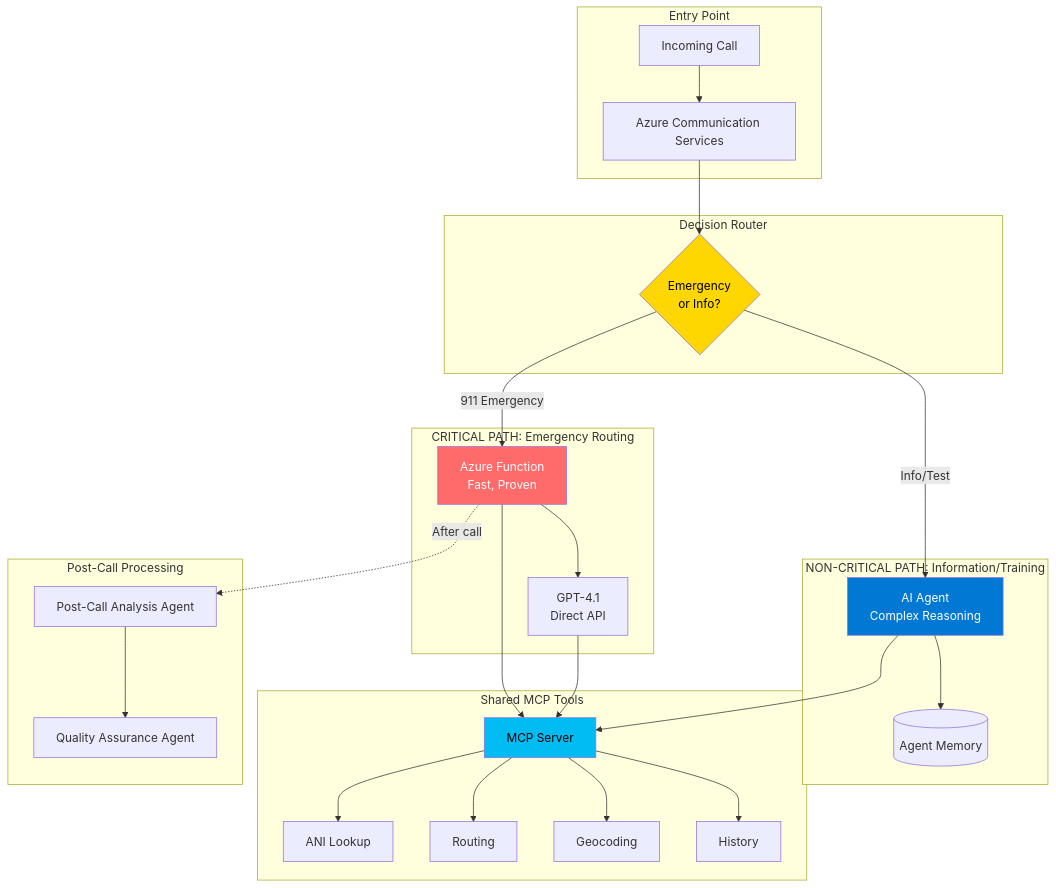
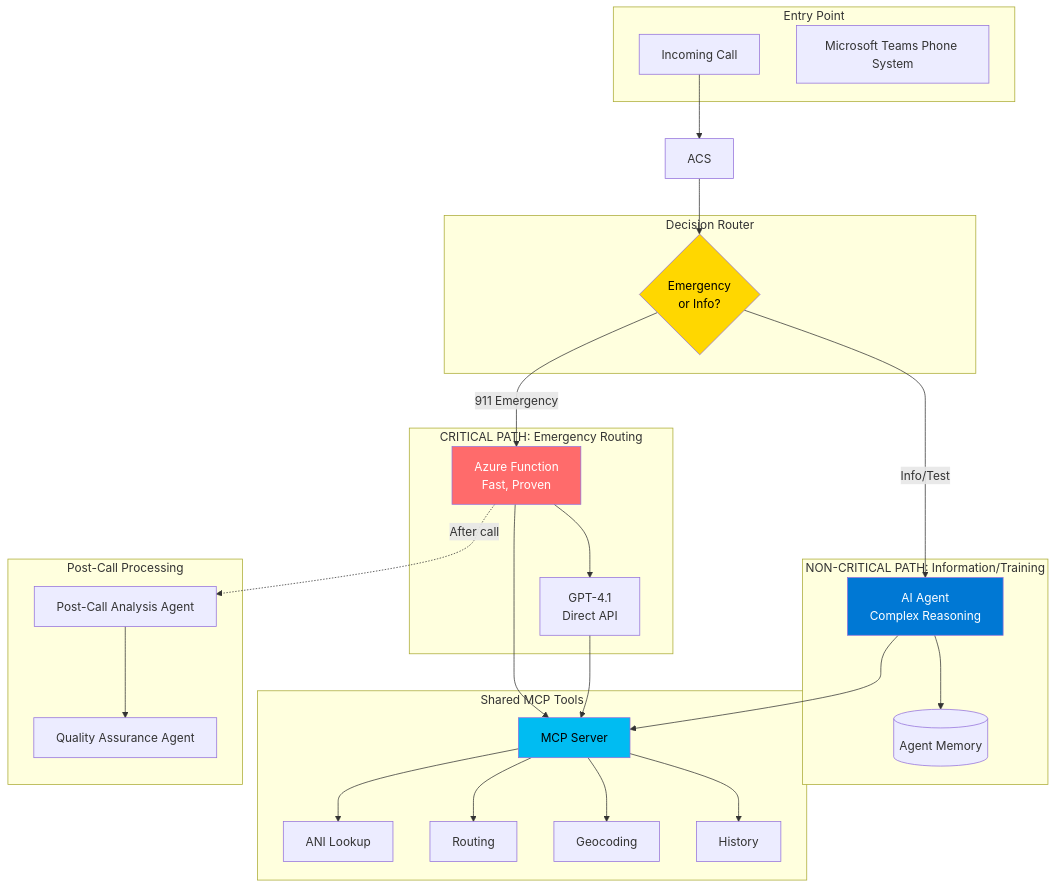
Before and after one commit to wtomaz808/e611-IVR: the fourth of 4 diagrams in docs/MCP-agentic-config.md, drawn with Mermaid. The commit also changed other lines of this file and 25 other files, not shown here.

First line of the commit message:
docs: remove ACS references, add Teams demo guide

````diff
--- a/docs/MCP-agentic-config.md
+++ b/docs/MCP-agentic-config.md
@@ -528,59 +524,59 @@
 ```mermaid
 graph TB
     subgraph "Entry Point"
         Call[Incoming Call]
-        ACS[Azure Communication Services]
+        Teams[Microsoft Teams Phone System]
     end
     
     subgraph "Decision Router"
         Router{Emergency<br/>or Info?}
     end
     
     subgraph "CRITICAL PATH: Emergency Routing"
         FuncEmergency[Azure Function<br/>Fast, Proven]
         DirectGPT[GPT-4.1<br/>Direct API]
         FuncEmergency --> DirectGPT
     end
     
     subgraph "NON-CRITICAL PATH: Information/Training"
         Agent[AI Agent<br/>Complex Reasoning]
         AgentMemory[(Agent Memory)]
         Agent --> AgentMemory
     end
     
     subgraph "Shared MCP Tools"
         MCP[MCP Server]
         T1[ANI Lookup]
         T2[Routing]
         T3[Geocoding]
         T4[History]
         
         MCP --> T1
         MCP --> T2
         MCP --> T3
         MCP --> T4
     end
     
     subgraph "Post-Call Processing"
         PostAgent[Post-Call Analysis Agent]
         QAAgent[Quality Assurance Agent]
     end
     
     Call --> ACS
     ACS --> Router
     
     Router -->|"911 Emergency"| FuncEmergency
     Router -->|"Info/Test"| Agent
     
     FuncEmergency --> MCP
     Agent --> MCP
     DirectGPT --> MCP
     
     FuncEmergency -.After call.-> PostAgent
     PostAgent --> QAAgent
 
     style FuncEmergency fill:#FF6B6B,color:#fff
     style Agent fill:#0078D4,color:#fff
     style MCP fill:#00BCF2,color:#000
     style Router fill:#FFD700,color:#000
 ```
````
